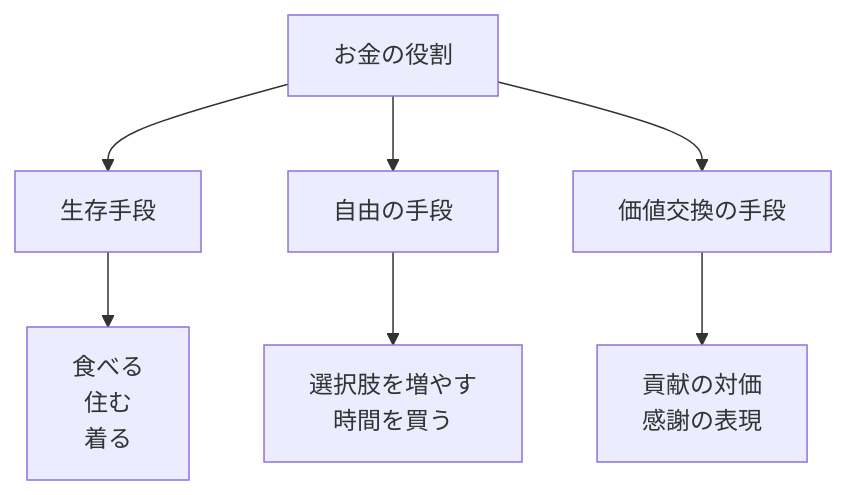
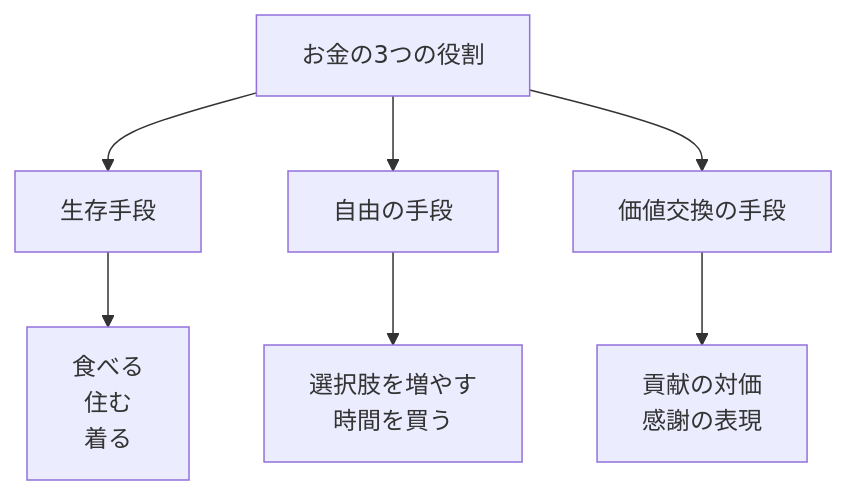
One commit to tndg16-bot/portfolio-site changed the first of 4 diagrams in content/blog/280-healthy-money-relationship-philosophy.md. Above: the diagram before and after it, drawn with Mermaid. The commit also changed other lines of this file and 19 other files, not shown here.

````diff
--- a/content/blog/280-healthy-money-relationship-philosophy.md
+++ b/content/blog/280-healthy-money-relationship-philosophy.md
@@ -42,13 +35,13 @@
 ```mermaid
 graph TD
-    A[お金の役割]
+    A[お金の3つの役割]
     
     A --> B[生存手段]
     B --> B1[食べる<br/>住む<br/>着る]
     
     A --> C[自由の手段]
     C --> C1[選択肢を増やす<br/>時間を買う]
     
     A --> D[価値交換の手段]
     D --> D1[貢献の対価<br/>感謝の表現]
 ```
````
